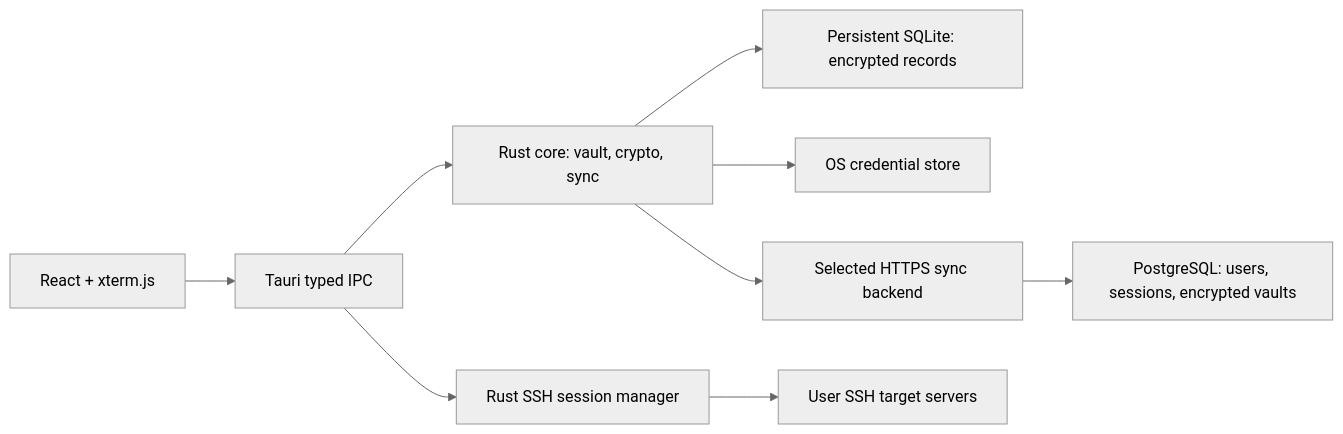
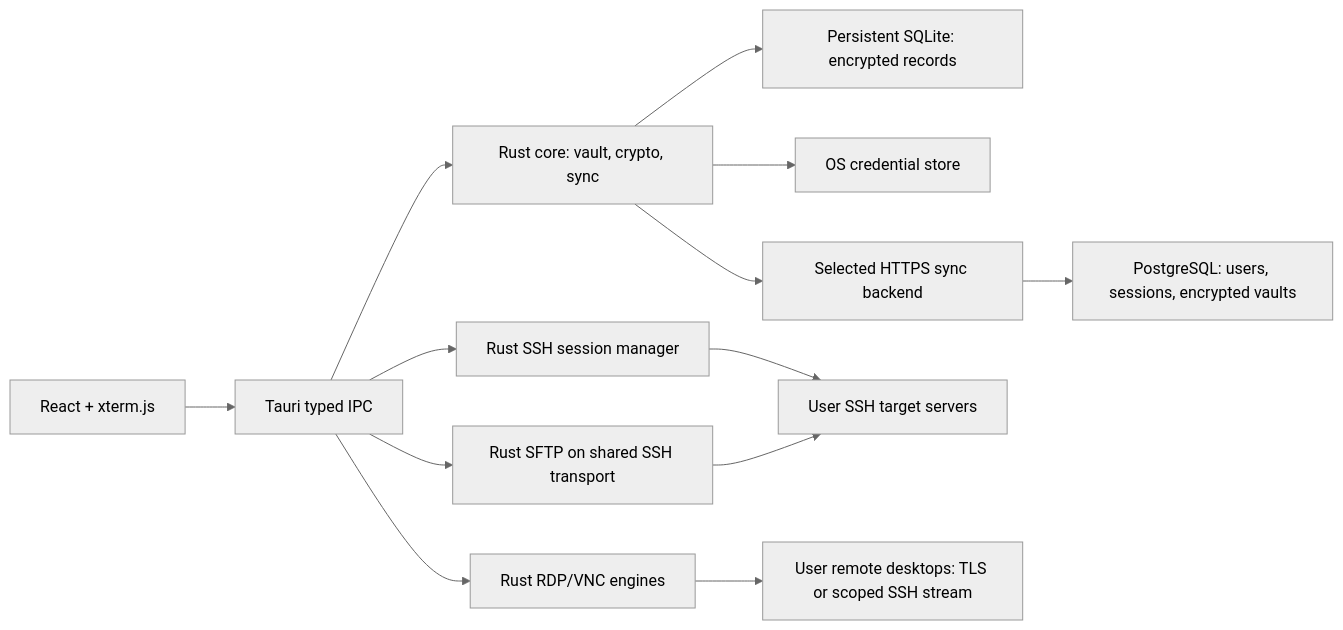
The diagram in docs/superpowers/specs/2026-09-27-rust-migration-design.md (asobitov2005/selfterm), drawn with Mermaid (neutral theme) before and after one commit. The commit also changed other lines of this file and 10 other files, not shown here.

Commit message:
docs: plan preserved UI, SFTP workspace and RDP VNC clients

````diff
--- a/docs/superpowers/specs/2026-09-27-rust-migration-design.md
+++ b/docs/superpowers/specs/2026-09-27-rust-migration-design.md
@@ -46,11 +48,15 @@
 ```mermaid
 flowchart LR
   UI[React + xterm.js] --> IPC[Tauri typed IPC]
   IPC --> CORE[Rust core: vault, crypto, sync]
   IPC --> SSH[Rust SSH session manager]
   CORE --> DISK[Persistent SQLite: encrypted records]
   CORE --> STORE[OS credential store]
   CORE --> API[Selected HTTPS sync backend]
   SSH --> TARGET[User SSH target servers]
+  IPC --> SFTP[Rust SFTP on shared SSH transport]
+  SFTP --> TARGET
+  IPC --> DESKTOP[Rust RDP/VNC engines]
+  DESKTOP --> REMOTE[User remote desktops: TLS or scoped SSH stream]
   API --> DB[PostgreSQL: users, sessions, encrypted vaults]
 ```
````
